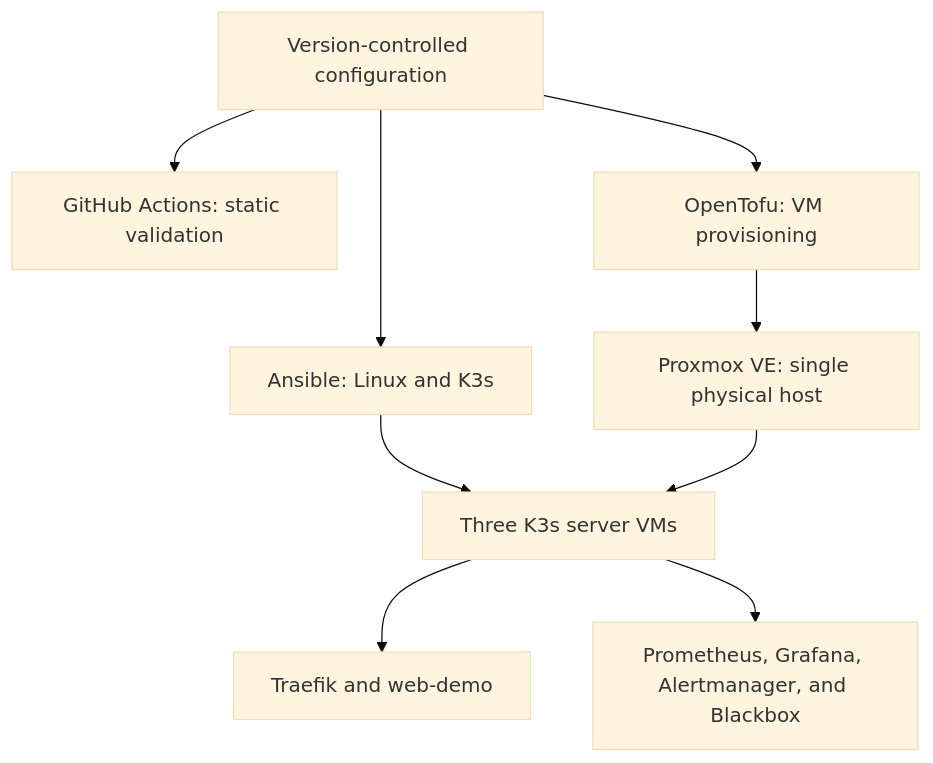
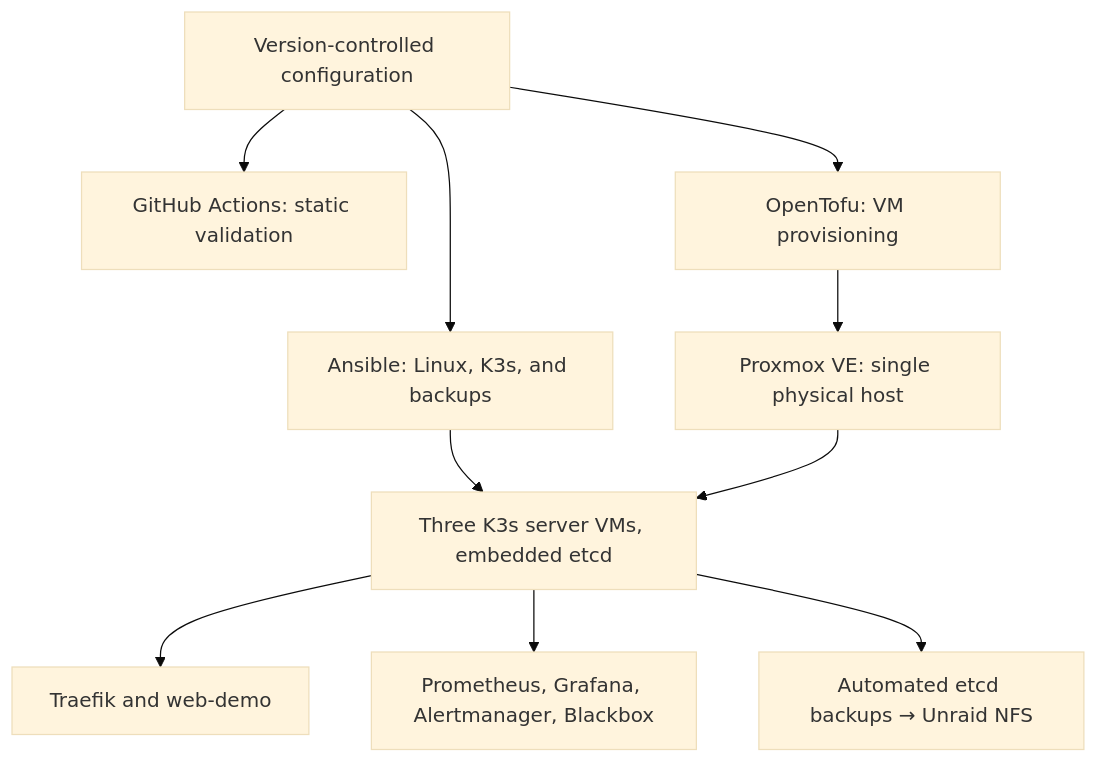
One commit to Capasiter/homelab-portfolio changed the diagram in README.md. Above: the diagram before and after it, drawn with Mermaid (base theme). The commit also changed other lines of this file, not shown here.

First line of the commit message:
docs: lead with proof strip and architecture diagram

````diff
--- a/README.md
+++ b/README.md
@@ -29,11 +12,12 @@
 ```mermaid
 flowchart TD
     Source["Version-controlled configuration"] --> CI["GitHub Actions: static validation"]
     Source --> Tofu["OpenTofu: VM provisioning"]
-    Source --> Ansible["Ansible: Linux and K3s"]
+    Source --> Ansible["Ansible: Linux, K3s, and backups"]
     Tofu --> Proxmox["Proxmox VE: single physical host"]
-    Ansible --> Cluster["Three K3s server VMs"]
+    Ansible --> Cluster["Three K3s server VMs, embedded etcd"]
     Proxmox --> Cluster
     Cluster --> Workload["Traefik and web-demo"]
-    Cluster --> Monitoring["Prometheus, Grafana, Alertmanager, and Blackbox"]
+    Cluster --> Monitoring["Prometheus, Grafana, Alertmanager, Blackbox"]
+    Cluster --> Backup["Automated etcd backups → Unraid NFS"]
 ```
````
